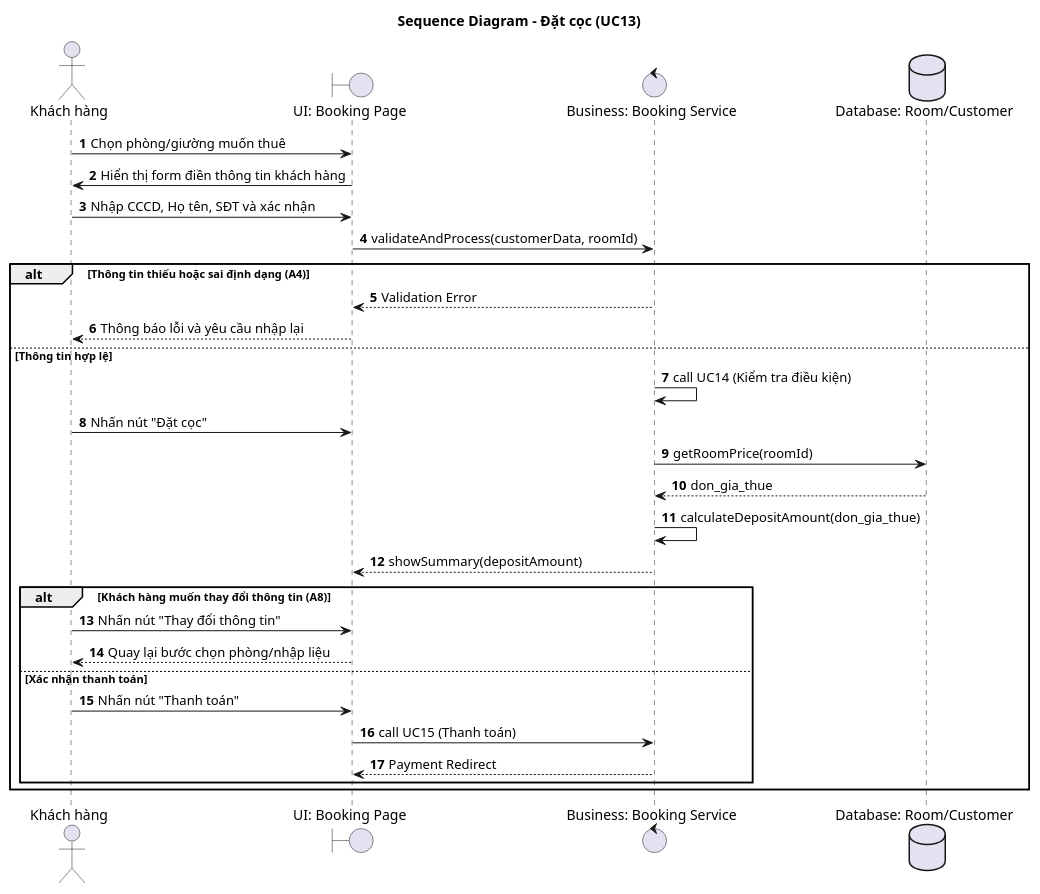
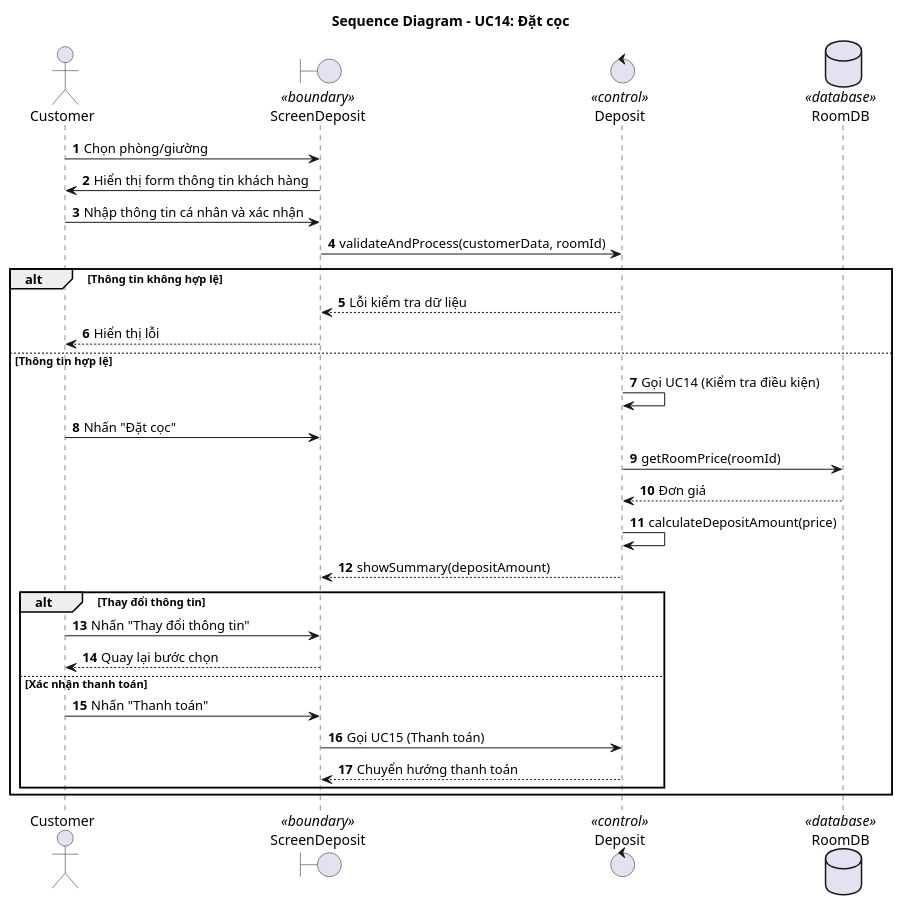
One commit to Gnourt812005/HCMUS-Analyze-and-desgin-IS changed the diagram in doc/system/dat_coc/dat_coc_sequence.wsd. Above: the diagram before and after it, drawn with PlantUML. The commit also changed 48 other files, not shown here.

Commit message:
sys-uc: align format diagram

```diff
--- a/doc/system/dat_coc/dat_coc_sequence.wsd
+++ b/doc/system/dat_coc/dat_coc_sequence.wsd
@@ -1,41 +1,40 @@
-@startuml
-
-title Sequence Diagram - Đặt cọc (UC13)
+@startuml DatCoc_SequenceDiagram
+title Sequence Diagram - UC14: Đặt cọc
 
 autonumber
 
-actor "Khách hàng" as ActorKH
-boundary "UI: Booking Page" as BookingUI
-control "Business: Booking Service" as BookingService
-database "Database: Room/Customer" as RoomDB
+actor "Customer" as Actor
+boundary "ScreenDeposit" as GUI <<boundary>>
+control "Deposit" as BUS <<control>>
+database "RoomDB" as DB <<database>>
 
-ActorKH -> BookingUI : Chọn phòng/giường muốn thuê
-BookingUI -> ActorKH : Hiển thị form điền thông tin khách hàng
-ActorKH -> BookingUI : Nhập CCCD, Họ tên, SĐT và xác nhận
+Actor -> GUI : Chọn phòng/giường
+GUI -> Actor : Hiển thị form thông tin khách hàng
+Actor -> GUI : Nhập thông tin cá nhân và xác nhận
 
-BookingUI -> BookingService : validateAndProcess(customerData, roomId)
+GUI -> BUS : validateAndProcess(customerData, roomId)
 
-alt Thông tin thiếu hoặc sai định dạng (A4)
-    BookingService --> BookingUI : Validation Error
-    BookingUI --> ActorKH : Thông báo lỗi và yêu cầu nhập lại
+alt Thông tin không hợp lệ
+    BUS --> GUI : Lỗi kiểm tra dữ liệu
+    GUI --> Actor : Hiển thị lỗi
 else Thông tin hợp lệ
-    BookingService -> BookingService : call UC14 (Kiểm tra điều kiện)
+    BUS -> BUS : Gọi UC14 (Kiểm tra điều kiện)
     
-    ActorKH -> BookingUI : Nhấn nút "Đặt cọc"
-    BookingService -> RoomDB : getRoomPrice(roomId)
-    RoomDB --> BookingService : don_gia_thue
+    Actor -> GUI : Nhấn "Đặt cọc"
+    BUS -> DB : getRoomPrice(roomId)
+    DB --> BUS : Đơn giá
     
-    BookingService -> BookingService : calculateDepositAmount(don_gia_thue)
-    BookingService --> BookingUI : showSummary(depositAmount)
+    BUS -> BUS : calculateDepositAmount(price)
+    BUS --> GUI : showSummary(depositAmount)
     
-    alt Khách hàng muốn thay đổi thông tin (A8)
-        ActorKH -> BookingUI : Nhấn nút "Thay đổi thông tin"
-        BookingUI --> ActorKH : Quay lại bước chọn phòng/nhập liệu
+    alt Thay đổi thông tin
+        Actor -> GUI : Nhấn "Thay đổi thông tin"
+        GUI --> Actor : Quay lại bước chọn
     else Xác nhận thanh toán
-        ActorKH -> BookingUI : Nhấn nút "Thanh toán"
-        BookingUI -> BookingService : call UC15 (Thanh toán)
-        BookingService --> BookingUI : Payment Redirect
+        Actor -> GUI : Nhấn "Thanh toán"
+        GUI -> BUS : Gọi UC15 (Thanh toán)
+        BUS --> GUI : Chuyển hướng thanh toán
     end
 end
 
 @enduml
```
